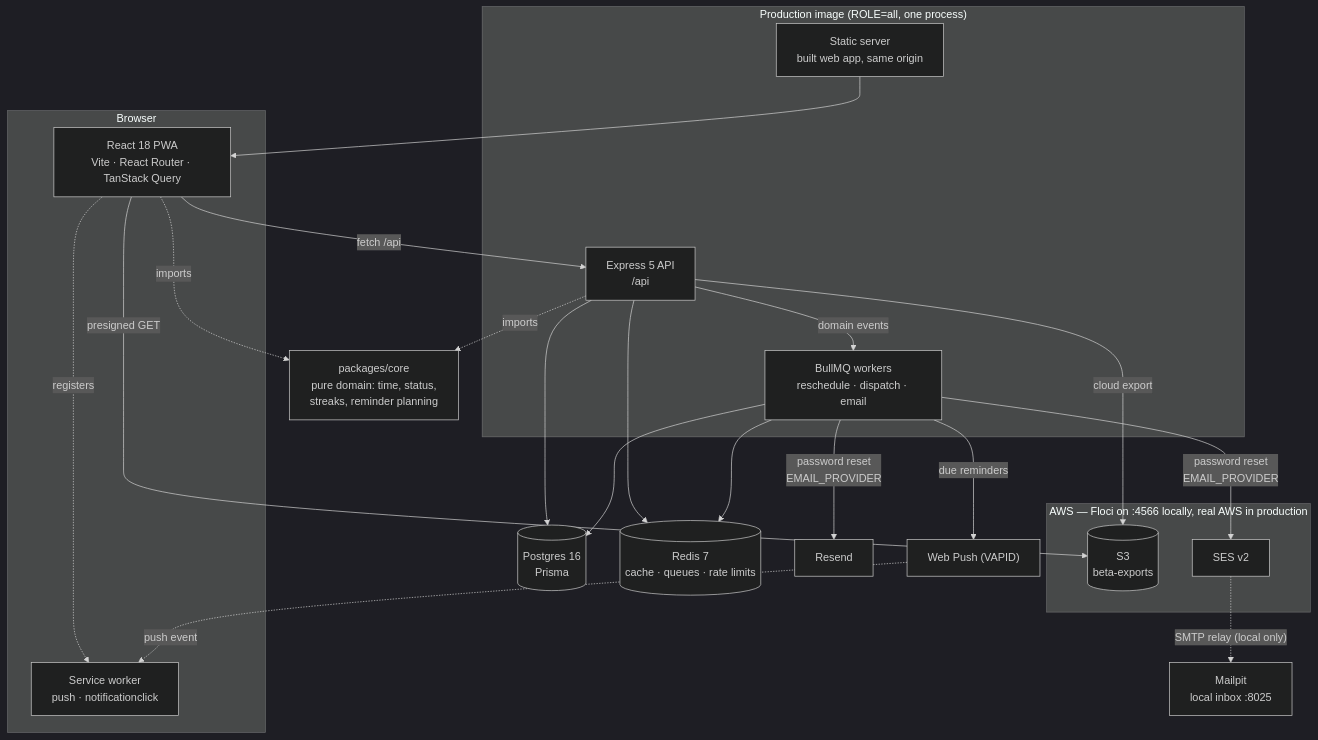
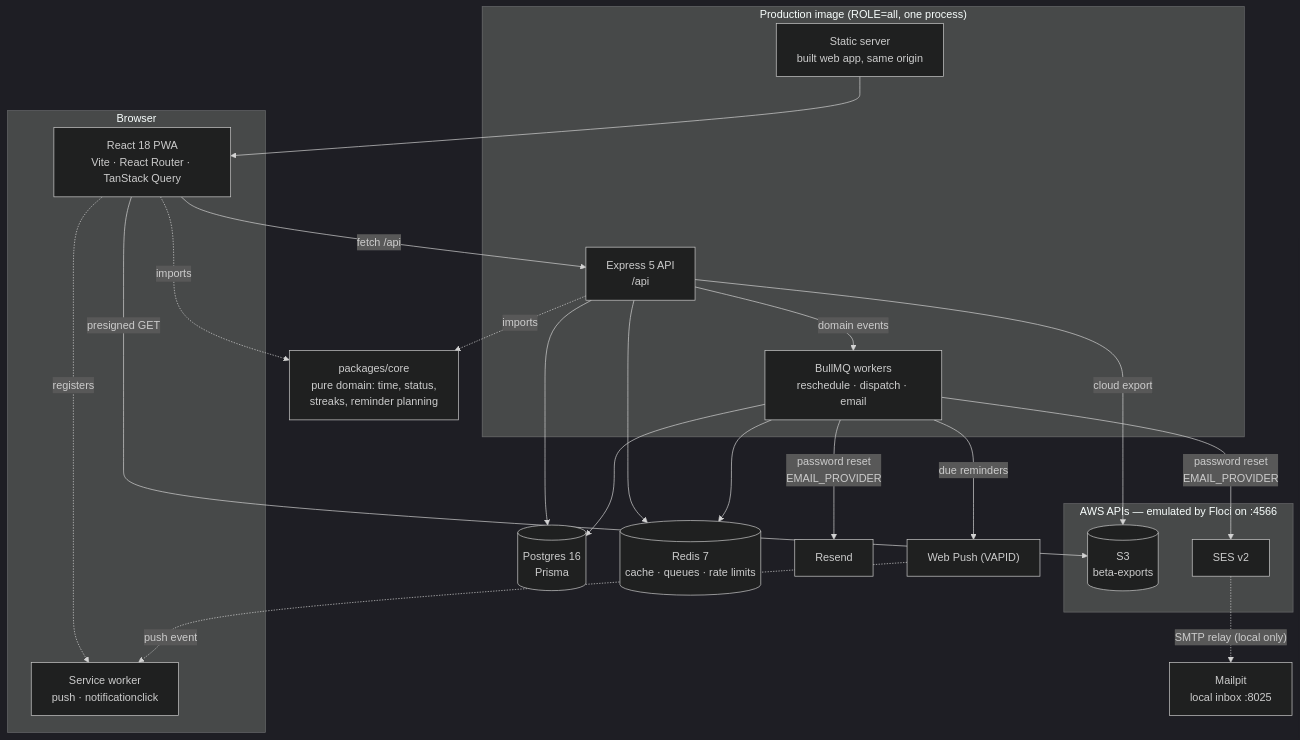
Before and after one commit to rohanbxo/Healthmax: the diagram in README.md, drawn with Mermaid (dark theme). The commit also changed other lines of this file and 1 other file, not shown here.

First line of the commit message:
docs: use the floci CLI profile and say plainly it is Floci-only

````diff
--- a/README.md
+++ b/README.md
@@ -15,44 +15,44 @@
 ```mermaid
 flowchart TB
     subgraph Browser
         PWA["React 18 PWA<br/>Vite · React Router · TanStack Query"]
         SW["Service worker<br/>push · notificationclick"]
     end
 
     subgraph Image["Production image (ROLE=all, one process)"]
         Static["Static server<br/>built web app, same origin"]
         API["Express 5 API<br/>/api"]
         Workers["BullMQ workers<br/>reschedule · dispatch · email"]
     end
 
     Core["packages/core<br/>pure domain: time, status,<br/>streaks, reminder planning"]
 
     PG[("Postgres 16<br/>Prisma")]
     RD[("Redis 7<br/>cache · queues · rate limits")]
     Push["Web Push (VAPID)"]
     Mail["Resend"]
 
-    subgraph AWS["AWS — Floci on :4566 locally, real AWS in production"]
+    subgraph AWS["AWS APIs — emulated by Floci on :4566"]
         S3[("S3<br/>beta-exports")]
         SES["SES v2"]
     end
     Mailpit["Mailpit<br/>local inbox :8025"]
 
     PWA -->|"fetch /api"| API
     PWA -.->|registers| SW
     Static --> PWA
     API -->|domain events| Workers
     API --> PG
     API --> RD
     API -->|"cloud export"| S3
     PWA -->|"presigned GET"| S3
     Workers --> PG
     Workers --> RD
     Workers -->|"due reminders"| Push
     Workers -->|"password reset<br/>EMAIL_PROVIDER"| Mail
     Workers -->|"password reset<br/>EMAIL_PROVIDER"| SES
     SES -.->|"SMTP relay (local only)"| Mailpit
     Push -.->|"push event"| SW
     API -. imports .-> Core
     PWA -. imports .-> Core
 ```
````
